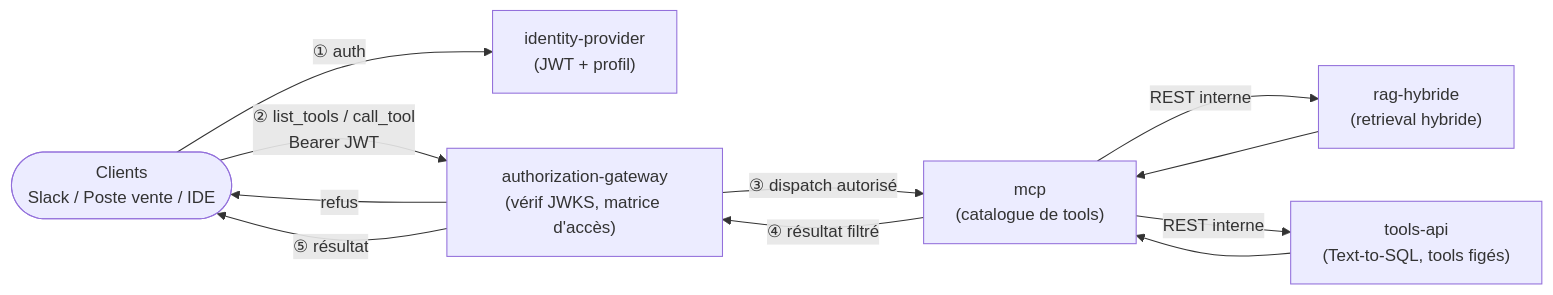
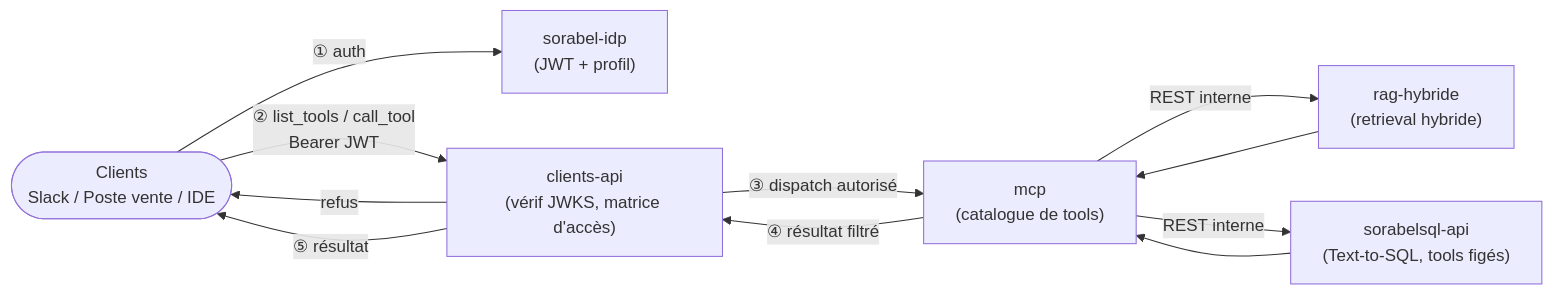
One commit to acerolaz/sorabel changed the diagram in CLAUDE.md. Above: the diagram before and after it, drawn with Mermaid. The commit also changed other lines of this file and 8 other files, not shown here.

````diff
--- a/CLAUDE.md
+++ b/CLAUDE.md
@@ -47,13 +47,13 @@
 ```mermaid
 flowchart LR
-    Client(["Clients<br/>Slack / Poste vente / IDE"]) -->|"① auth"| IP["identity-provider<br/>(JWT + profil)"]
-    Client -->|"② list_tools / call_tool<br/>Bearer JWT"| AG["authorization-gateway<br/>(vérif JWKS, matrice d'accès)"]
+    Client(["Clients<br/>Slack / Poste vente / IDE"]) -->|"① auth"| IP["sorabel-idp<br/>(JWT + profil)"]
+    Client -->|"② list_tools / call_tool<br/>Bearer JWT"| AG["clients-api<br/>(vérif JWKS, matrice d'accès)"]
     AG -->|"③ dispatch autorisé"| MCP["mcp<br/>(catalogue de tools)"]
     AG -->|"refus"| Client
     MCP -->|"REST interne"| RAG["rag-hybride<br/>(retrieval hybride)"]
-    MCP -->|"REST interne"| TA["tools-api<br/>(Text-to-SQL, tools figés)"]
+    MCP -->|"REST interne"| TA["sorabelsql-api<br/>(Text-to-SQL, tools figés)"]
     RAG --> MCP
     TA --> MCP
     MCP -->|"④ résultat filtré"| AG
     AG -->|"⑤ résultat"| Client
 ```
````
